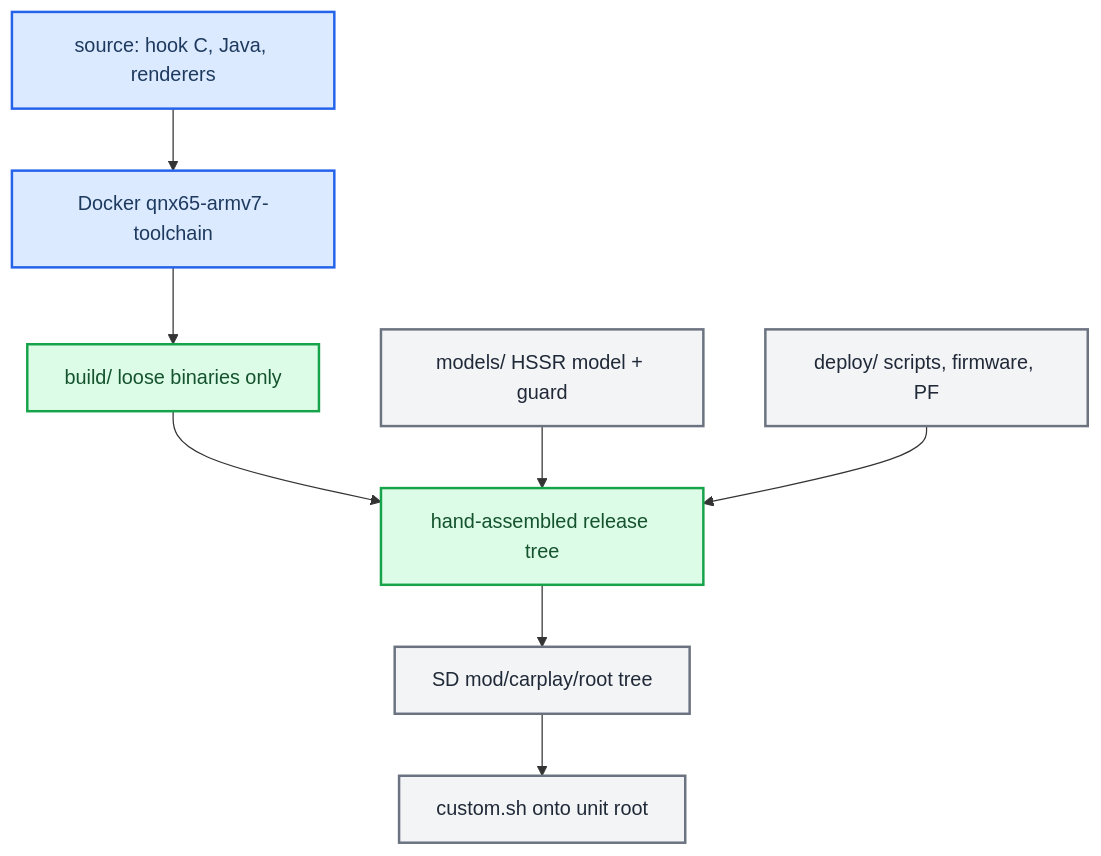
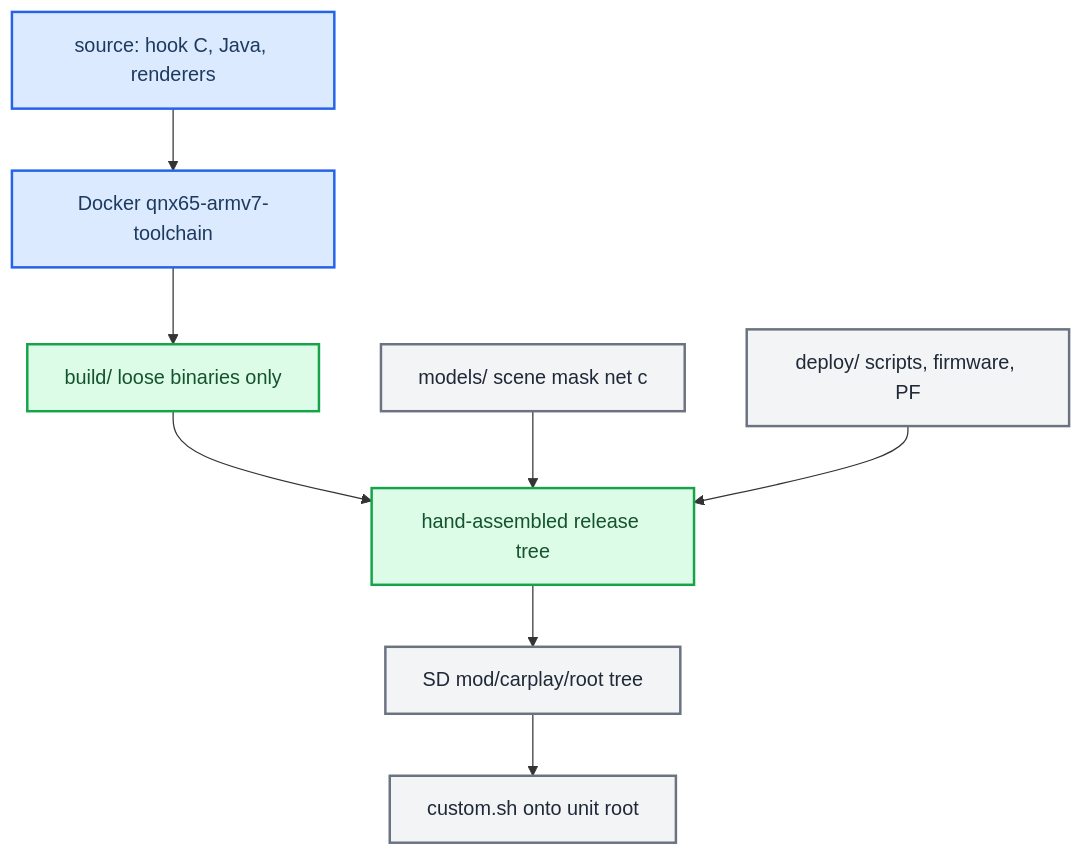
Before and after one commit to luka-dev/mib2q-carplay-rgi: the diagram in docs/build-and-deploy/README.md, drawn with Mermaid. The commit also changed 1105 other files, not shown here.

First line of the commit message:
audio: retire the HSSR Universal upmix, SCENE is the only renderer

````diff
--- a/docs/build-and-deploy/README.md
+++ b/docs/build-and-deploy/README.md
@@ -17,24 +17,24 @@
 ```mermaid
 flowchart TB
   accTitle: Source through the toolchain to the head unit
   accDescr: Source compiles in the Docker QNX toolchain into loose binaries in build, which are hand-assembled with models and deploy into mod/carplay/root on an M.I.B. card, and custom.sh installs it on the unit.
   src["source: hook C, Java, renderers"]
   docker["Docker qnx65-armv7-toolchain"]
   build["build/ loose binaries only"]
-  models["models/ HSSR model + guard"]
+  models["models/ scene mask net c"]
   deploy["deploy/ scripts, firmware, PF"]
   assemble["hand-assembled release tree"]
   card["SD mod/carplay/root tree"]
   unit["custom.sh onto unit root"]
   src --> docker --> build
   build --> assemble
   models --> assemble
   deploy --> assemble
   assemble --> card --> unit
   class src,docker primary
   class build,assemble success
   class card,unit,models,deploy neutral
   classDef primary fill:#dbeafe,stroke:#2563eb,stroke-width:2px,color:#1e3a5f
   classDef success fill:#dcfce7,stroke:#16a34a,stroke-width:2px,color:#14532d
   classDef neutral fill:#f3f4f6,stroke:#6b7280,stroke-width:2px,color:#1f2937
 ```
````
